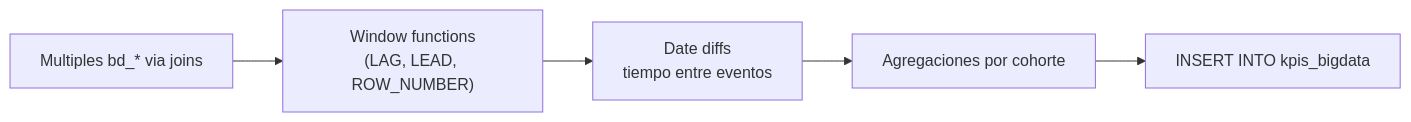
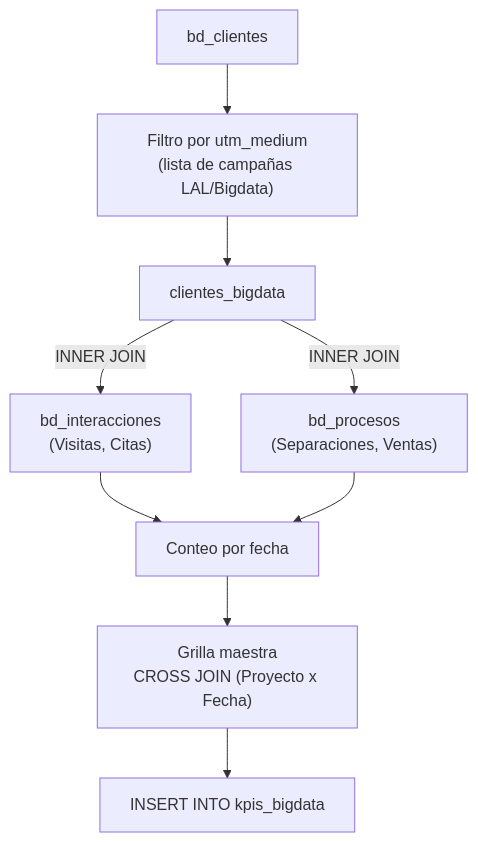
The diagram in business_logic/05_dashboard_calc/bigdata.md (edwardvelo-performance/docs), drawn with Mermaid before and after one commit. The commit also changed other lines of this file and 15 other files, not shown here.

````diff
--- a/business_logic/05_dashboard_calc/bigdata.md
+++ b/business_logic/05_dashboard_calc/bigdata.md
@@ -41,7 +69,14 @@
 ```mermaid
-flowchart LR
-    A["Multiples bd_* via joins"] --> B["Window functions<br/>(LAG, LEAD, ROW_NUMBER)"]
-    B --> C["Date diffs<br/>tiempo entre eventos"]
-    C --> D["Agregaciones por cohorte"]
-    D --> E["INSERT INTO kpis_bigdata"]
+flowchart TD
+    A["bd_clientes"] --> B["Filtro por utm_medium<br/>(lista de campañas LAL/Bigdata)"]
+    B --> C["clientes_bigdata"]
+    
+    C -->|INNER JOIN| D["bd_interacciones<br/>(Visitas, Citas)"]
+    C -->|INNER JOIN| E["bd_procesos<br/>(Separaciones, Ventas)"]
+    
+    D --> F["Conteo por fecha"]
+    E --> F
+    
+    F --> G["Grilla maestra<br/>CROSS JOIN (Proyecto x Fecha)"]
+    G --> H["INSERT INTO kpis_bigdata"]
 ```
````
